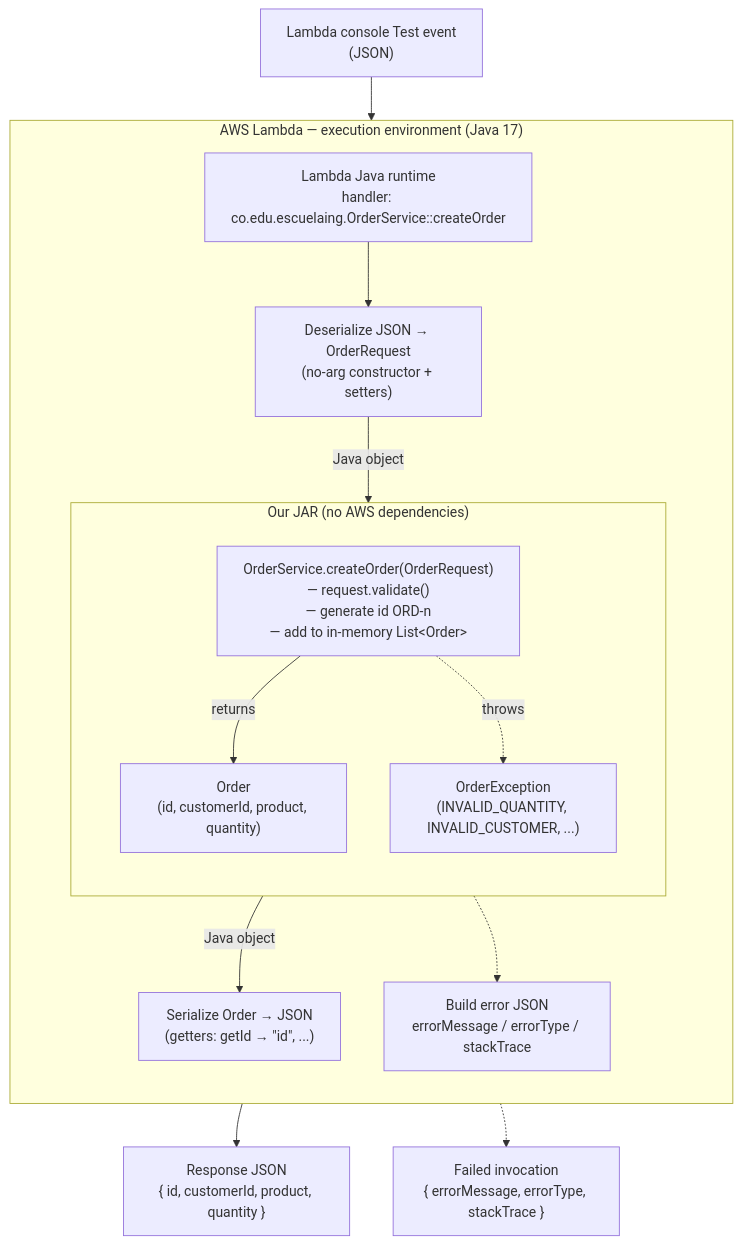
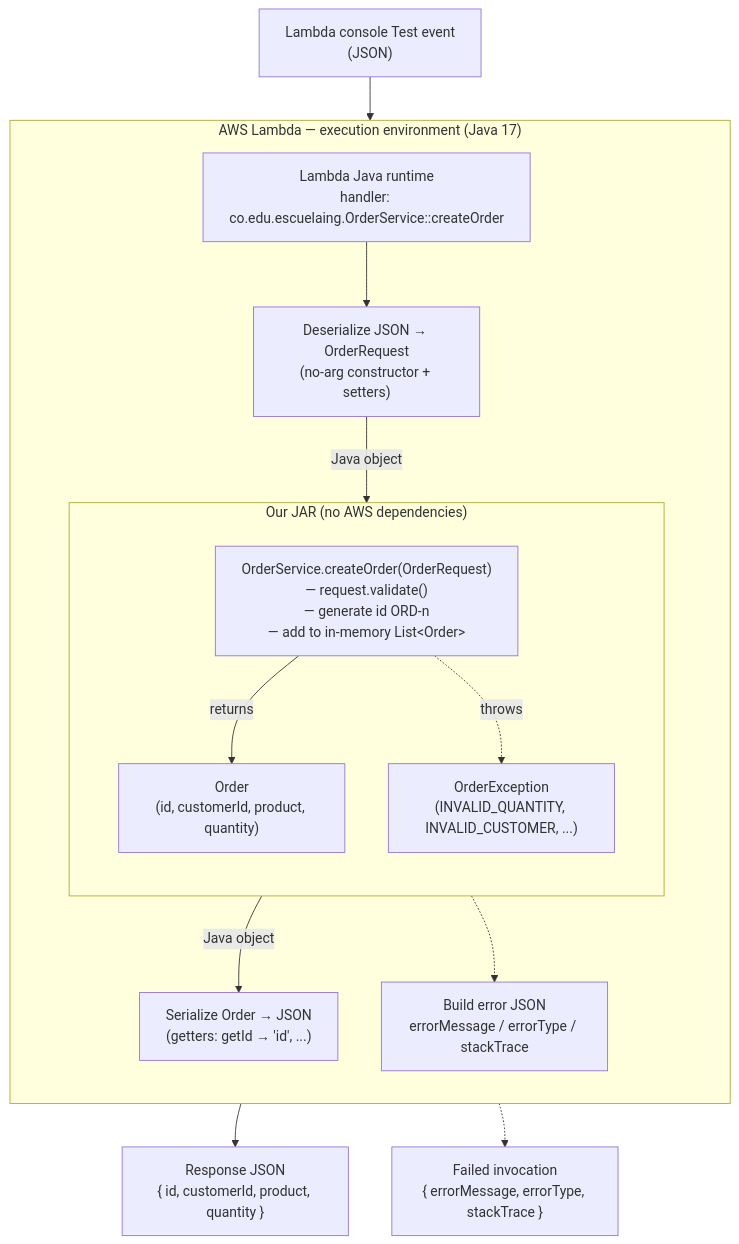
The first of 4 diagrams in README.md (daniel-pm19/serverless-rest-api-with-aws-lambda-and-api-gateway), drawn with Mermaid before and after one commit. The commit also changed other lines of this file, not shown here.

Commit message:
fix: readme diagrams

````diff
--- a/README.md
+++ b/README.md
@@ -522,23 +522,23 @@
 ```mermaid
 flowchart TD
     Client["Lambda console Test event<br/>(JSON)"]
     subgraph Lambda["AWS Lambda — execution environment (Java 17)"]
         direction TB
         Runtime["Lambda Java runtime<br/>handler: co.edu.escuelaing.OrderService::createOrder"]
         Deser["Deserialize JSON → OrderRequest<br/>(no-arg constructor + setters)"]
         subgraph JAR["Our JAR (no AWS dependencies)"]
             direction TB
             Service["OrderService.createOrder(OrderRequest)<br/>— request.validate()<br/>— generate id ORD-n<br/>— add to in-memory List&lt;Order&gt;"]
             Order["Order<br/>(id, customerId, product, quantity)"]
             Ex["OrderException<br/>(INVALID_QUANTITY, INVALID_CUSTOMER, ...)"]
         end
-        Ser["Serialize Order → JSON<br/>(getters: getId → &quot;id&quot;, ...)"]
+        Ser["Serialize Order → JSON<br/>(getters: getId → 'id', ...)"]
         Err["Build error JSON<br/>errorMessage / errorType / stackTrace"]
     end
     Result["Response JSON<br/>{ id, customerId, product, quantity }"]
     ErrResult["Failed invocation<br/>{ errorMessage, errorType, stackTrace }"]
 
     Client --> Runtime --> Deser -->|"Java object"| Service
     Service -->|"returns"| Order -->|"Java object"| Ser --> Result
     Service -.->|"throws"| Ex -.-> Err -.-> ErrResult
 ```
````
